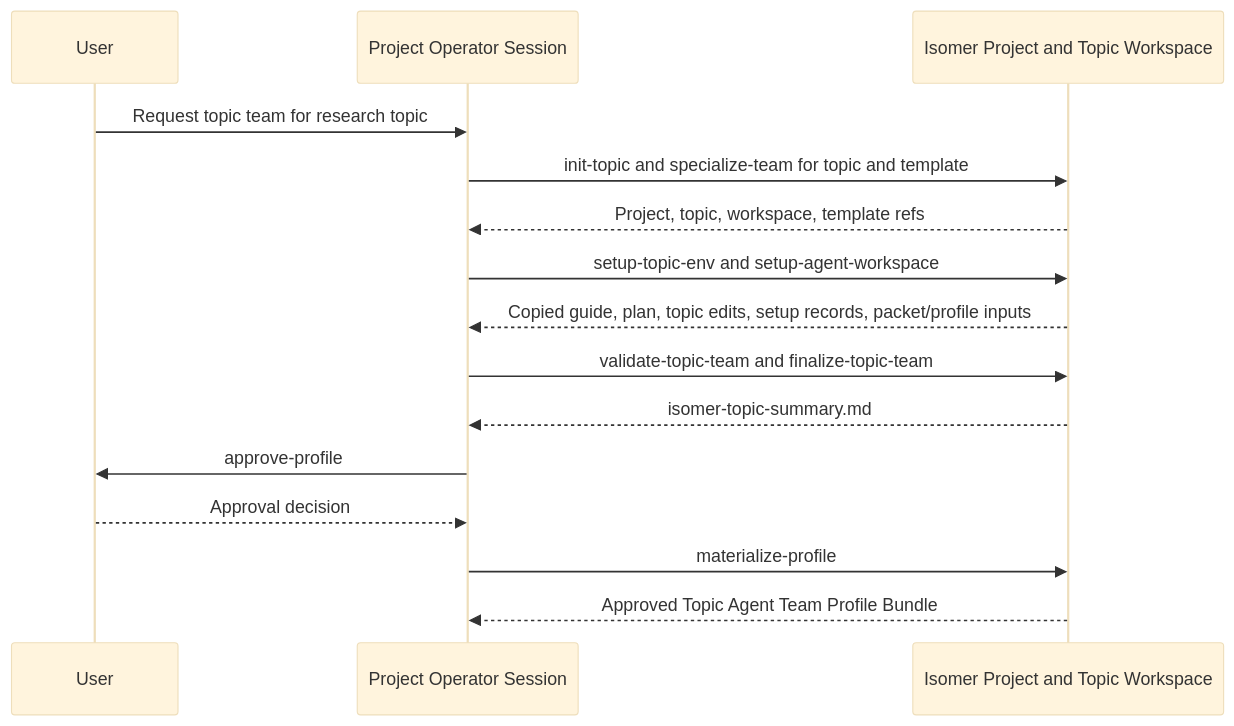
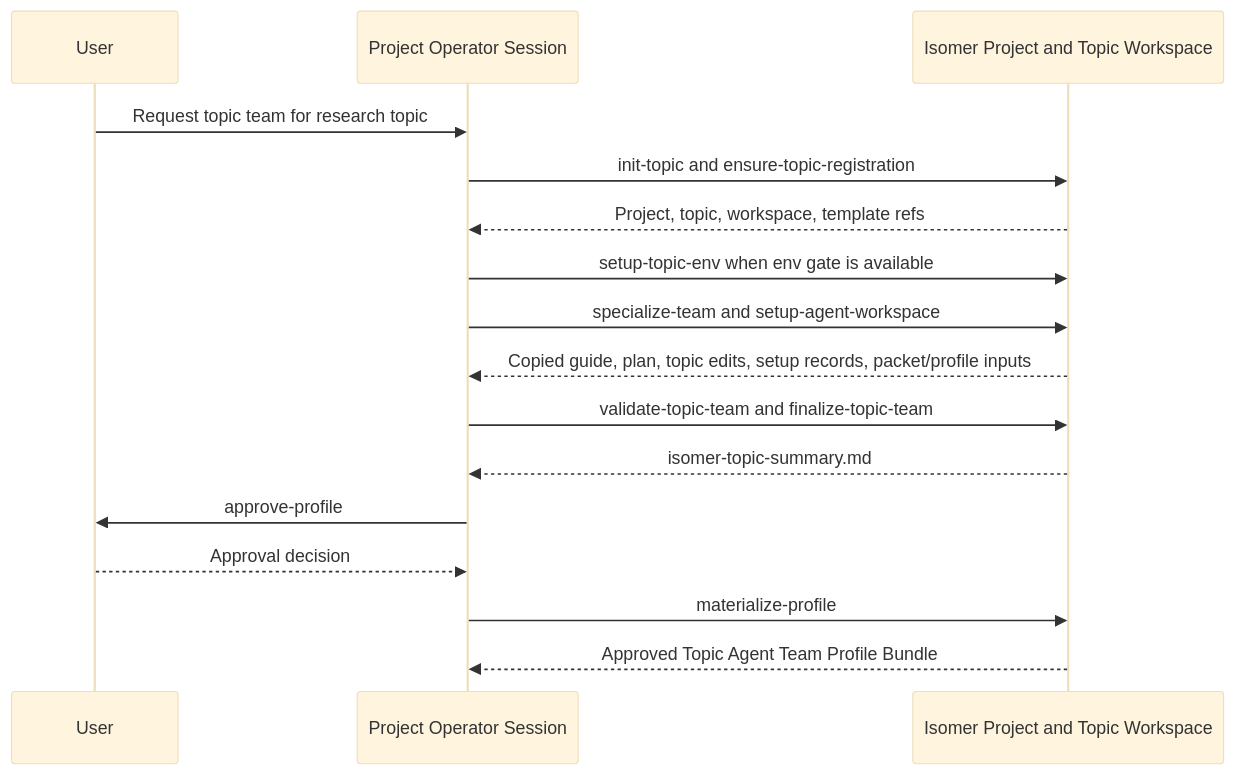
The first of 2 diagrams in skillset/operator/README.md (CodeGandee/isomer-labs), drawn with Mermaid (base theme) before and after one commit. The commit also changed other lines of this file and 37 other files, not shown here.

Commit message:
feat: rename topic env setup skill

````diff
--- a/skillset/operator/README.md
+++ b/skillset/operator/README.md
@@ -41,18 +41,19 @@
 ```mermaid
 sequenceDiagram
     participant User
     participant Operator as Project Operator Session
     participant Store as Isomer Project and Topic Workspace
 
     User->>Operator: Request topic team for research topic
-    Operator->>Store: init-topic and specialize-team for topic and template
+    Operator->>Store: init-topic and ensure-topic-registration
     Store-->>Operator: Project, topic, workspace, template refs
-    Operator->>Store: setup-topic-env and setup-agent-workspace
+    Operator->>Store: setup-topic-env when env gate is available
+    Operator->>Store: specialize-team and setup-agent-workspace
     Store-->>Operator: Copied guide, plan, topic edits, setup records, packet/profile inputs
     Operator->>Store: validate-topic-team and finalize-topic-team
     Store-->>Operator: isomer-topic-summary.md
     Operator->>User: approve-profile
     User-->>Operator: Approval decision
     Operator->>Store: materialize-profile
     Store-->>Operator: Approved Topic Agent Team Profile Bundle
 ```
````
